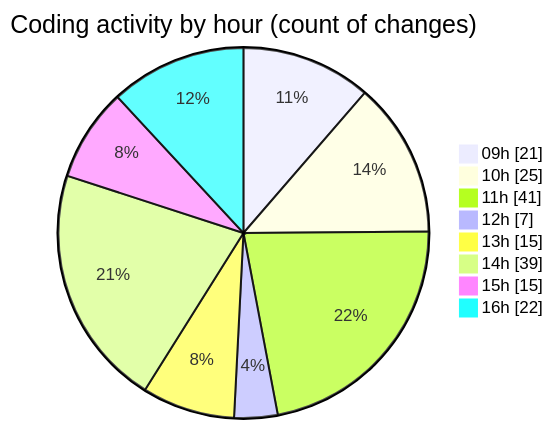
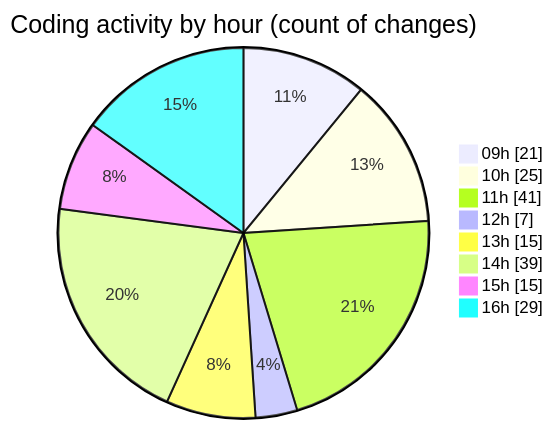
Before and after one commit to momahboobian/code-tracking: the second of 2 diagrams in 2025-12-01/cda/README.md, drawn with Mermaid. The commit also changed other lines of this file and 1 other file, not shown here.

````diff
--- a/2025-12-01/cda/README.md
+++ b/2025-12-01/cda/README.md
@@ -51,12 +51,12 @@
 ```mermaid
 pie showData
 title Coding activity by hour (count of changes)
 "09h" : 21
 "10h" : 25
 "11h" : 41
 "12h" : 7
 "13h" : 15
 "14h" : 39
 "15h" : 15
-"16h" : 22
+"16h" : 29
 ```
````
